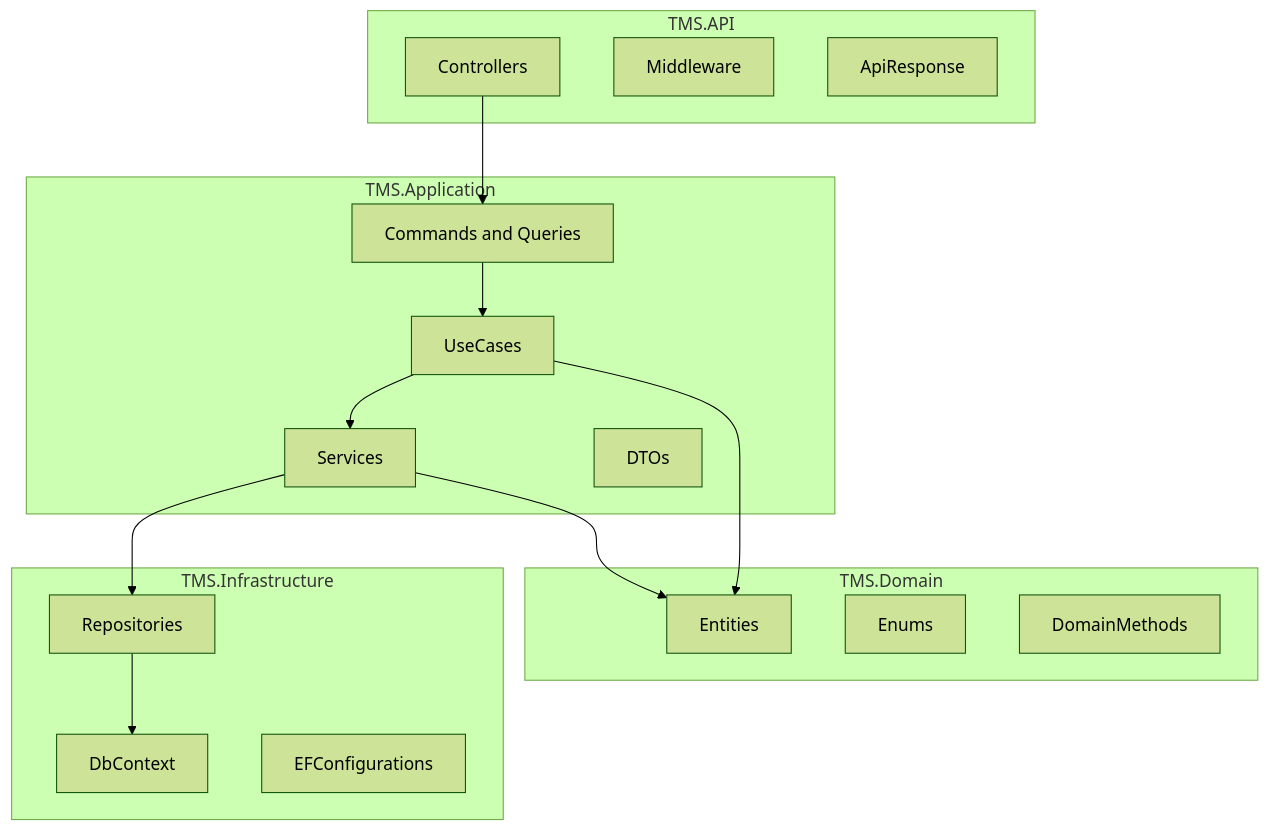
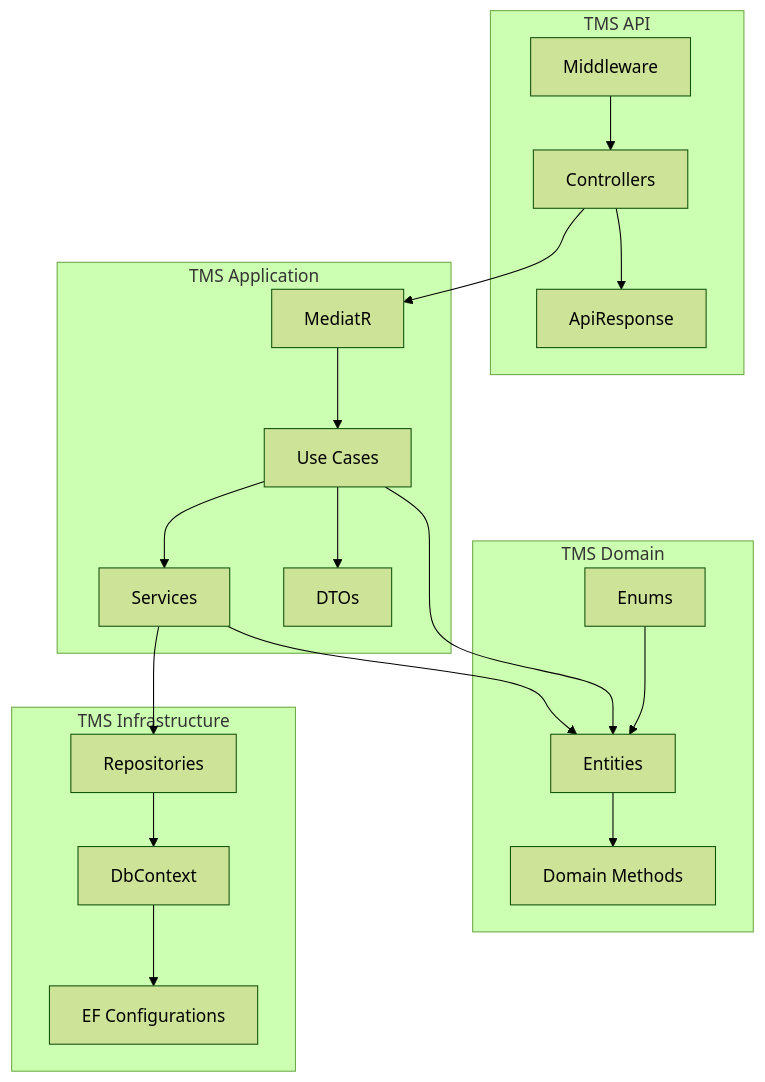
One commit to ahmed-aliii/ElectroPi-Assessment-Task changed the first of 7 diagrams in README.md. Above: the diagram before and after it, drawn with Mermaid (forest theme). The commit also changed other lines of this file, not shown here.

````diff
--- a/README.md
+++ b/README.md
@@ -74,31 +74,37 @@
 ```mermaid
 flowchart TB
-    subgraph presentation [TMS.API]
-        Controllers
-        Middleware
-        ApiResponse
+    subgraph apiLayer ["TMS API"]
+        controllers[Controllers]
+        middleware[Middleware]
+        apiResponse[ApiResponse]
+        middleware --> controllers
+        controllers --> apiResponse
     end
-    subgraph application [TMS.Application]
-        MediatR[Commands and Queries]
-        UseCases
-        Services
-        DTOs
+    subgraph appLayer ["TMS Application"]
+        mediatr[MediatR]
+        useCases[Use Cases]
+        services[Services]
+        dtos[DTOs]
+        mediatr --> useCases
+        useCases --> services
+        useCases --> dtos
     end
-    subgraph domain [TMS.Domain]
-        Entities
-        Enums
-        DomainMethods
+    subgraph domainLayer ["TMS Domain"]
+        entities[Entities]
+        enums[Enums]
+        domainMethods[Domain Methods]
+        entities --> domainMethods
+        enums --> entities
     end
-    subgraph infrastructure [TMS.Infrastructure]
-        Repositories
-        DbContext
-        EFConfigurations
+    subgraph infraLayer ["TMS Infrastructure"]
+        repositories[Repositories]
+        dbContext[DbContext]
+        efConfig[EF Configurations]
+        repositories --> dbContext
+        dbContext --> efConfig
     end
-    Controllers --> MediatR
-    MediatR --> UseCases
-    UseCases --> Services
-    Services --> Repositories
-    Repositories --> DbContext
-    UseCases --> Entities
-    Services --> Entities
+    controllers --> mediatr
+    services --> repositories
+    useCases --> entities
+    services --> entities
 ```
````
